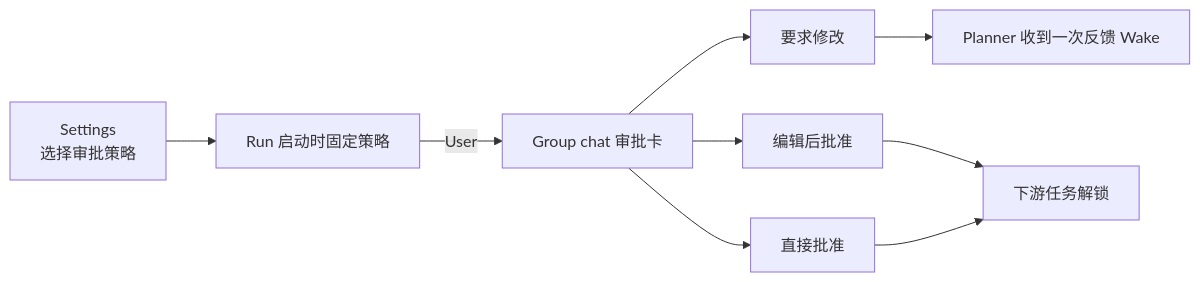
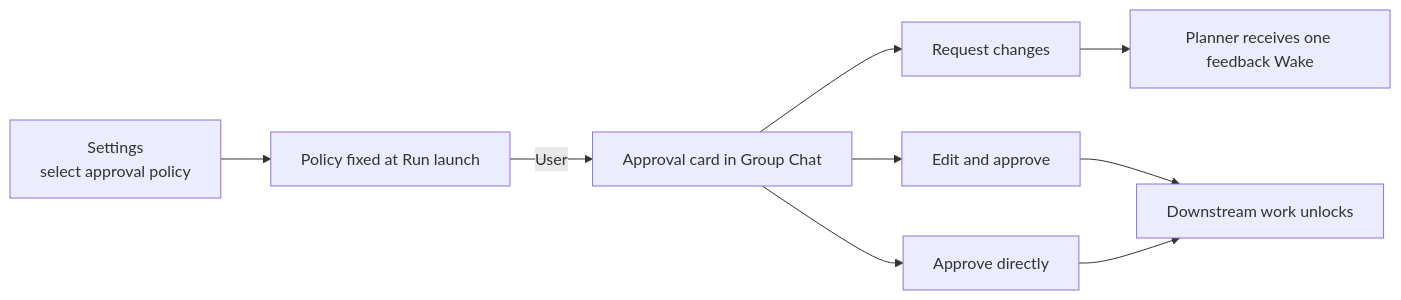
The diagram in docs/frontend-ui-audit-2026-07-13/AgentOrgPlannerApproval.md (YORG-AI/ORGII), drawn with Mermaid before and after one commit. The commit also changed other lines of this file and 94 other files, not shown here.

````diff
--- a/docs/frontend-ui-audit-2026-07-13/AgentOrgPlannerApproval.md
+++ b/docs/frontend-ui-audit-2026-07-13/AgentOrgPlannerApproval.md
@@ -26,11 +26,11 @@
 ```mermaid
 flowchart LR
-    S["Settings\n选择审批策略"] --> R["Run 启动时固定策略"]
-    R -->|User| G["Group chat 审批卡"]
-    G --> X["要求修改"]
-    G --> E["编辑后批准"]
-    G --> A["直接批准"]
-    X --> W["Planner 收到一次反馈 Wake"]
-    E --> N["下游任务解锁"]
+    S["Settings\nselect approval policy"] --> R["Policy fixed at Run launch"]
+    R -->|"User"| G["Approval card in Group Chat"]
+    G --> X["Request changes"]
+    G --> E["Edit and approve"]
+    G --> A["Approve directly"]
+    X --> W["Planner receives one feedback Wake"]
+    E --> N["Downstream work unlocks"]
     A --> N
 ```
````
